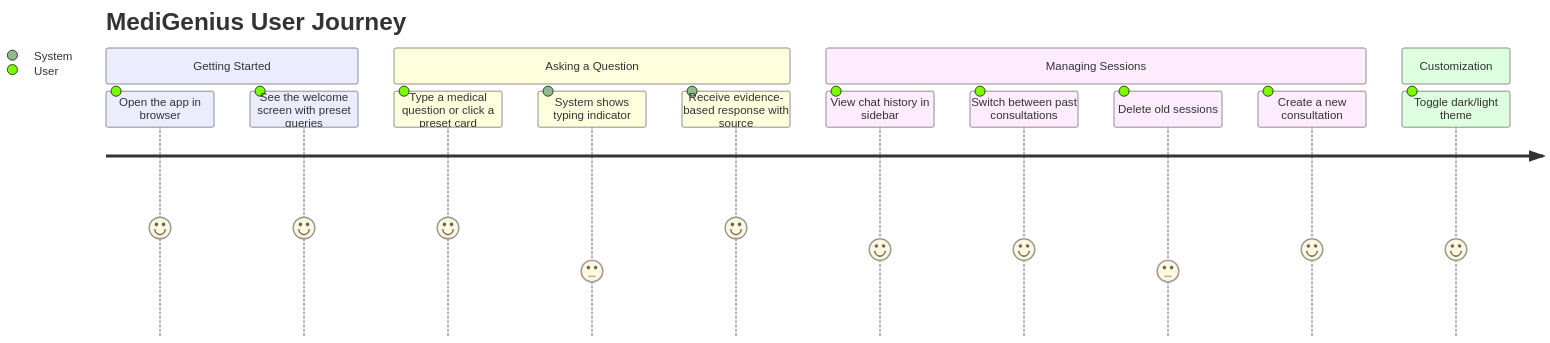
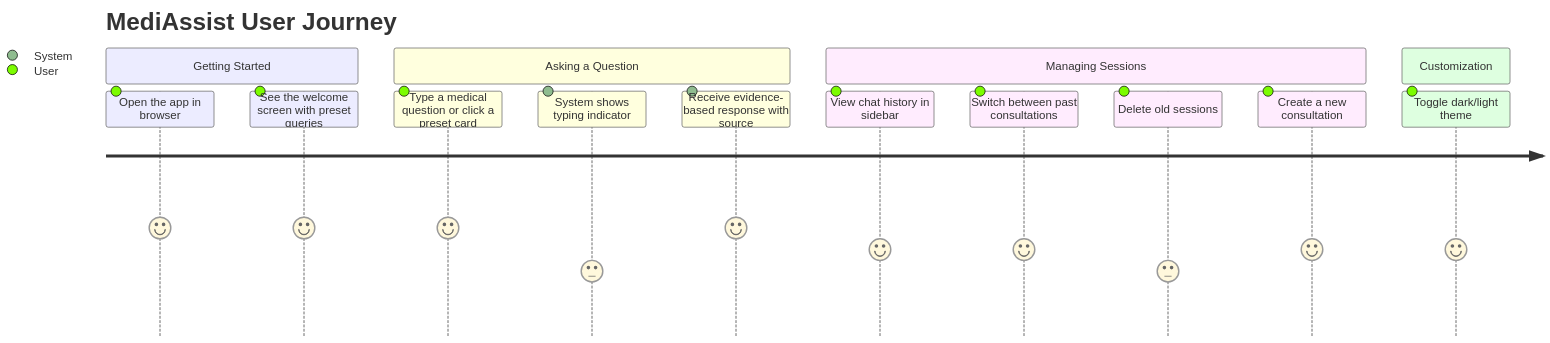
One commit to voidee07/MyMediAssist changed the third of 3 diagrams in README.md. Above: the diagram before and after it, drawn with Mermaid. The commit also changed other lines of this file and 5 other files, not shown here.

````diff
--- a/README.md
+++ b/README.md
@@ -396,18 +396,18 @@
 ```mermaid
 journey
-    title MediGenius User Journey
+    title MediAssist User Journey
     section Getting Started
       Open the app in browser: 5: User
       See the welcome screen with preset queries: 5: User
     section Asking a Question
       Type a medical question or click a preset card: 5: User
       System shows typing indicator: 3: System
       Receive evidence-based response with source: 5: System
     section Managing Sessions
       View chat history in sidebar: 4: User
       Switch between past consultations: 4: User
       Delete old sessions: 3: User
       Create a new consultation: 4: User
     section Customization
       Toggle dark/light theme: 4: User
 ```
````
